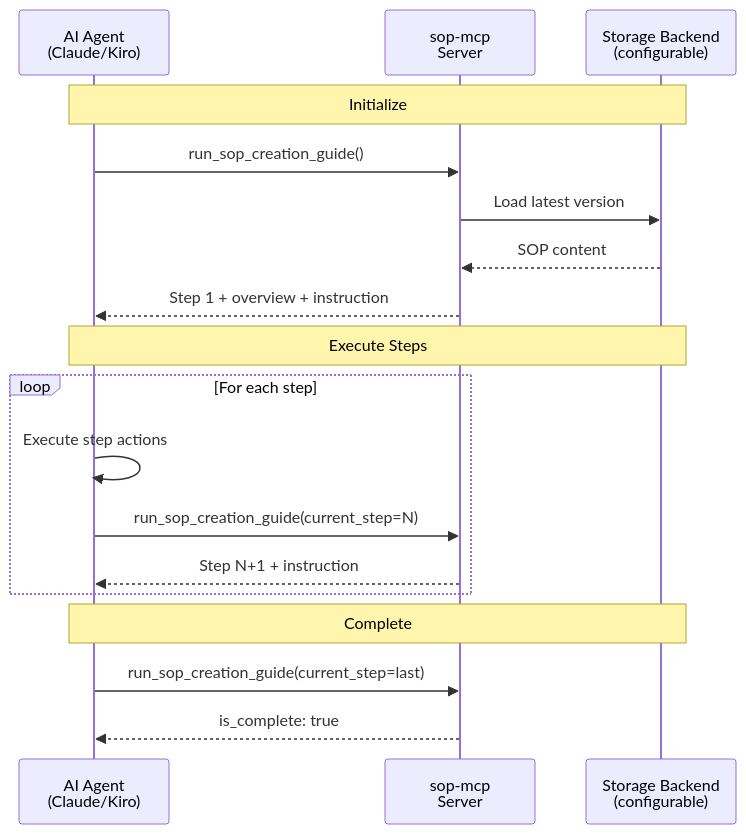
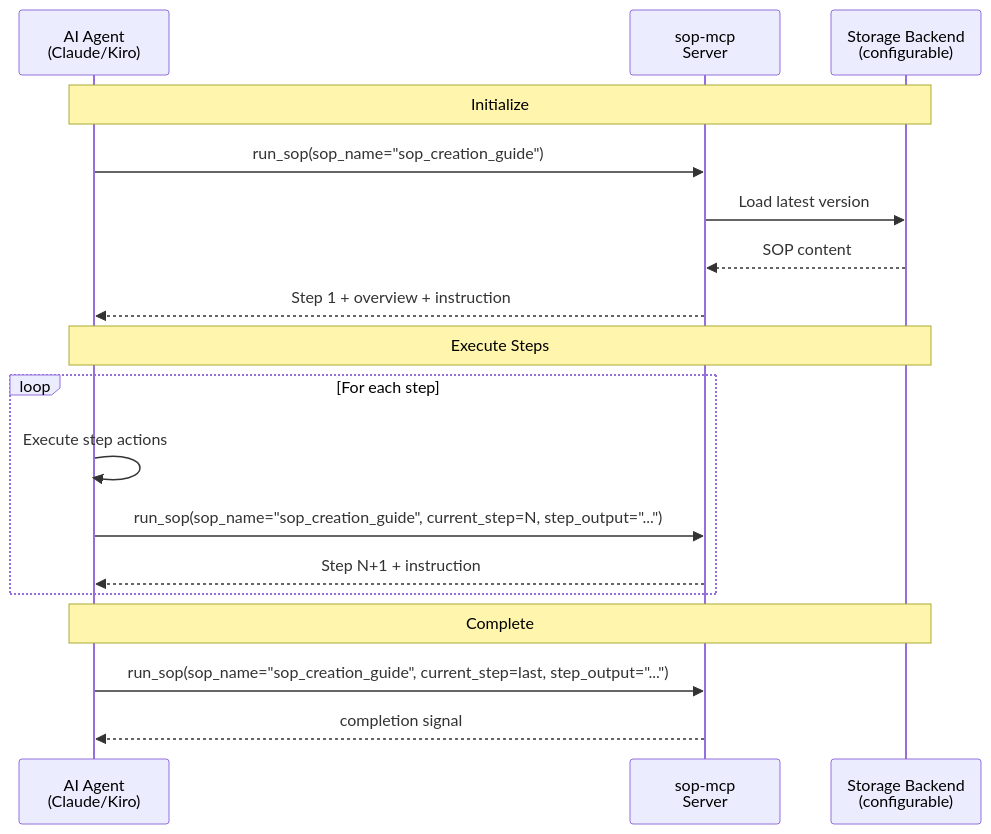
One commit to ValueArchitectsAI/sop-mcp changed the diagram in README.md. Above: the diagram before and after it, drawn with Mermaid. The commit also changed other lines of this file and 12 other files, not shown here.

First line of the commit message:
feat: Unify SOP tools into single run_sop with conditional step_output

````diff
--- a/README.md
+++ b/README.md
@@ -198,23 +188,23 @@
 ```mermaid
 sequenceDiagram
     participant Agent as AI Agent<br/>(Claude/Kiro)
     participant Server as sop-mcp<br/>Server
     participant Storage as Storage Backend<br/>(configurable)
 
     Note over Agent,Storage: Initialize
-    Agent->>Server: run_sop_creation_guide()
+    Agent->>Server: run_sop(sop_name="sop_creation_guide")
     Server->>Storage: Load latest version
     Storage-->>Server: SOP content
     Server-->>Agent: Step 1 + overview + instruction
 
     Note over Agent,Storage: Execute Steps
     loop For each step
         Agent->>Agent: Execute step actions
-        Agent->>Server: run_sop_creation_guide(current_step=N)
+        Agent->>Server: run_sop(sop_name="sop_creation_guide", current_step=N, step_output="...")
         Server-->>Agent: Step N+1 + instruction
     end
 
     Note over Agent,Storage: Complete
-    Agent->>Server: run_sop_creation_guide(current_step=last)
-    Server-->>Agent: is_complete: true
+    Agent->>Server: run_sop(sop_name="sop_creation_guide", current_step=last, step_output="...")
+    Server-->>Agent: completion signal
 ```
````
